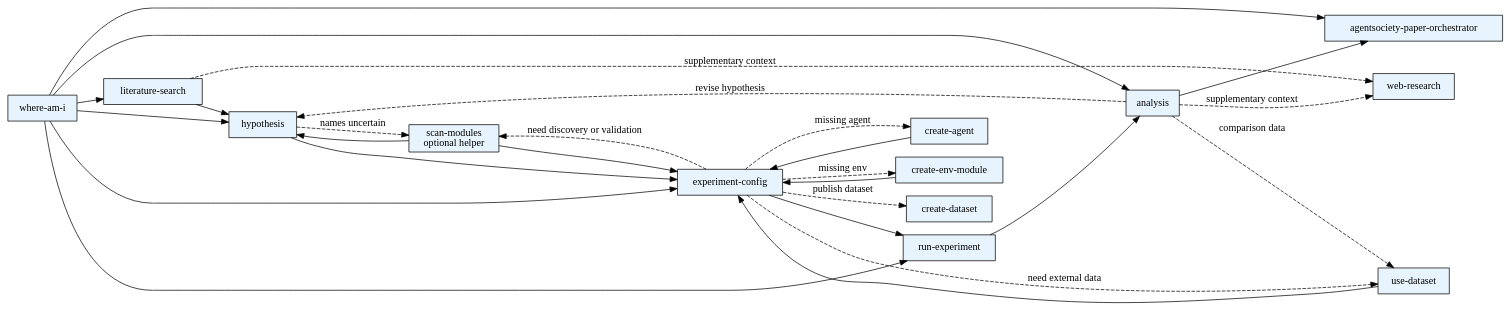
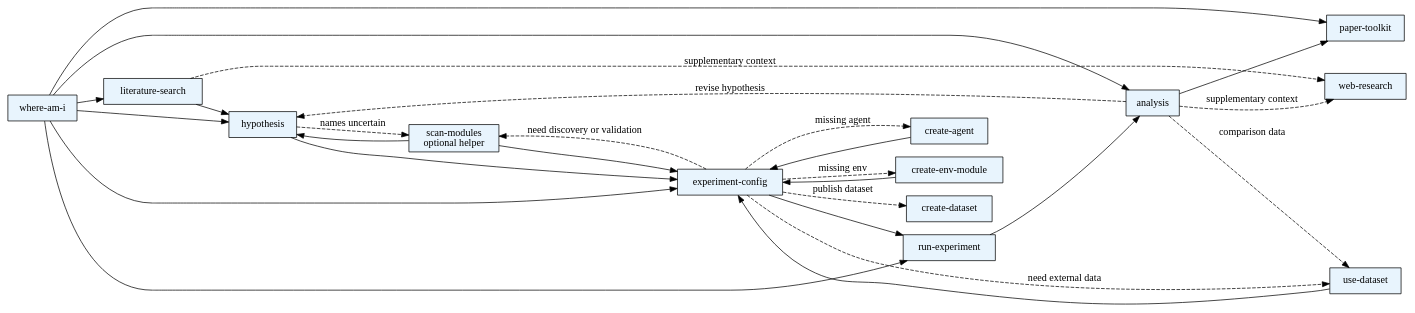
One commit to miaoqijun/AgentSociety changed the diagram in extension/skills/agentsociety-research-pipeline/v1.0.0/SKILL.md. Above: the diagram before and after it, drawn with Graphviz. The commit also changed other lines of this file and 20 other files, not shown here.

````diff
--- a/extension/skills/agentsociety-research-pipeline/v1.0.0/SKILL.md
+++ b/extension/skills/agentsociety-research-pipeline/v1.0.0/SKILL.md
@@ -116,47 +116,47 @@
 ```dot
 digraph research_pipeline {
     rankdir=LR;
     node [shape=box, style=filled, fillcolor="#E8F4FD"];
     decide [label="where-am-i"];
     lit [label="literature-search"];
     hypo [label="hypothesis"];
     scan [label="scan-modules\noptional helper"];
     exp [label="experiment-config"];
     run [label="run-experiment"];
     analysis [label="analysis"];
-    paper [label="agentsociety-paper-orchestrator"];
+    paper [label="paper-toolkit"];
     agent [label="create-agent"];
     env [label="create-env-module"];
     create_ds [label="create-dataset"];
     use_ds [label="use-dataset"];
     web [label="web-research"];
 
     decide -> lit;
     decide -> hypo;
     decide -> exp;
     decide -> run;
     decide -> analysis;
     decide -> paper;
 
     lit -> hypo;
     lit -> web [style=dashed, label="supplementary context"];
     hypo -> scan [style=dashed, label="names uncertain"];
     scan -> hypo;
     hypo -> exp;
     exp -> scan [style=dashed, label="need discovery or validation"];
     scan -> exp;
     exp -> agent [style=dashed, label="missing agent"];
     agent -> exp;
     exp -> env [style=dashed, label="missing env"];
     env -> exp;
     exp -> create_ds [style=dashed, label="publish dataset"];
     exp -> use_ds [style=dashed, label="need external data"];
     use_ds -> exp;
     exp -> run;
     run -> analysis;
     analysis -> paper;
     analysis -> hypo [style=dashed, label="revise hypothesis"];
     analysis -> use_ds [style=dashed, label="comparison data"];
     analysis -> web [style=dashed, label="supplementary context"];
 }
 ```
````
